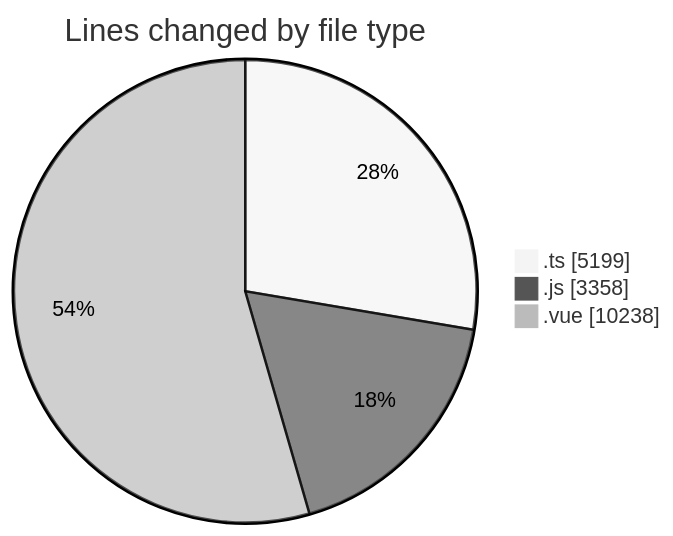
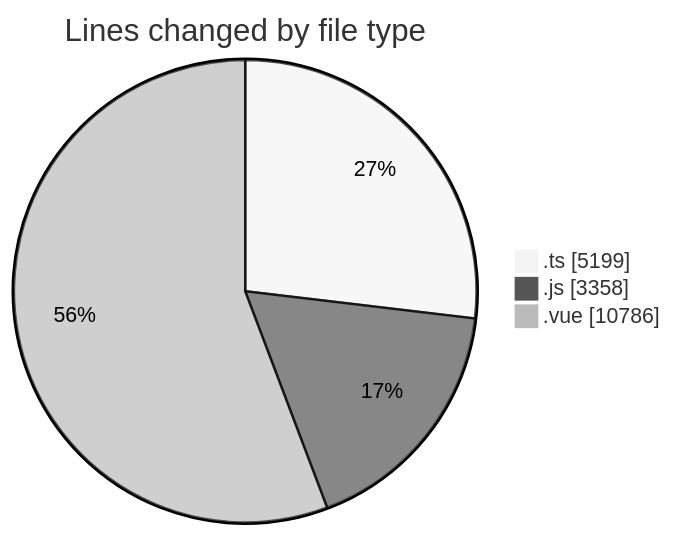
The first of 2 diagrams in 2025-08-16/rentotp/README.md (lephambinh05/code-tracking), drawn with Mermaid (neutral theme) before and after one commit. The commit also changed other lines of this file and 1 other file, not shown here.

````diff
--- a/2025-08-16/rentotp/README.md
+++ b/2025-08-16/rentotp/README.md
@@ -81,7 +82,7 @@
 ```mermaid
 pie showData
 title Lines changed by file type
 ".ts" : 5199
 ".js" : 3358
-".vue" : 10238
+".vue" : 10786
 ```
````
